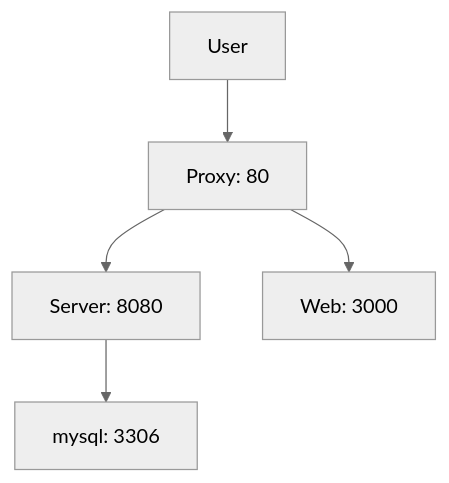
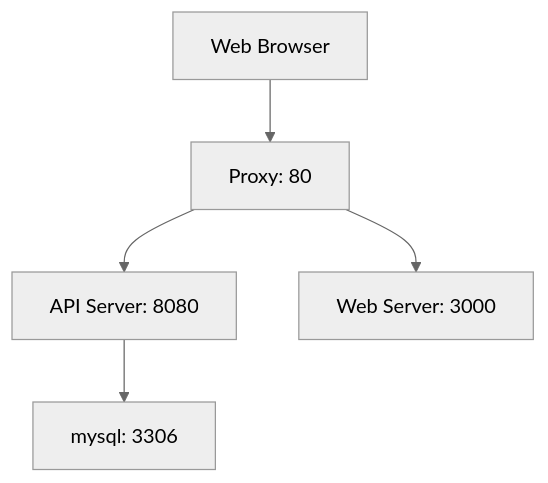
The diagram in proxy/README.md (AlvinHon/todolist-web), drawn with Mermaid (neutral theme) before and after one commit.

Commit message:
Update proxy/Readme for better clarity

````diff
--- a/proxy/README.md
+++ b/proxy/README.md
@@ -5,7 +5,7 @@
 ```mermaid
 graph TD;
-      User-->Proxy[Proxy: 80];
-      Proxy-->Server[Server: 8080];
-      Proxy-->Web[Web: 3000];
-      Server-->DB[mysql: 3306];
+      WebBrowser[Web Browser]-->Proxy[Proxy: 80];
+      Proxy-->ApiServer[API Server: 8080];
+      Proxy-->WebServer[Web Server: 3000];
+      ApiServer-->DB[mysql: 3306];
 ```
````
